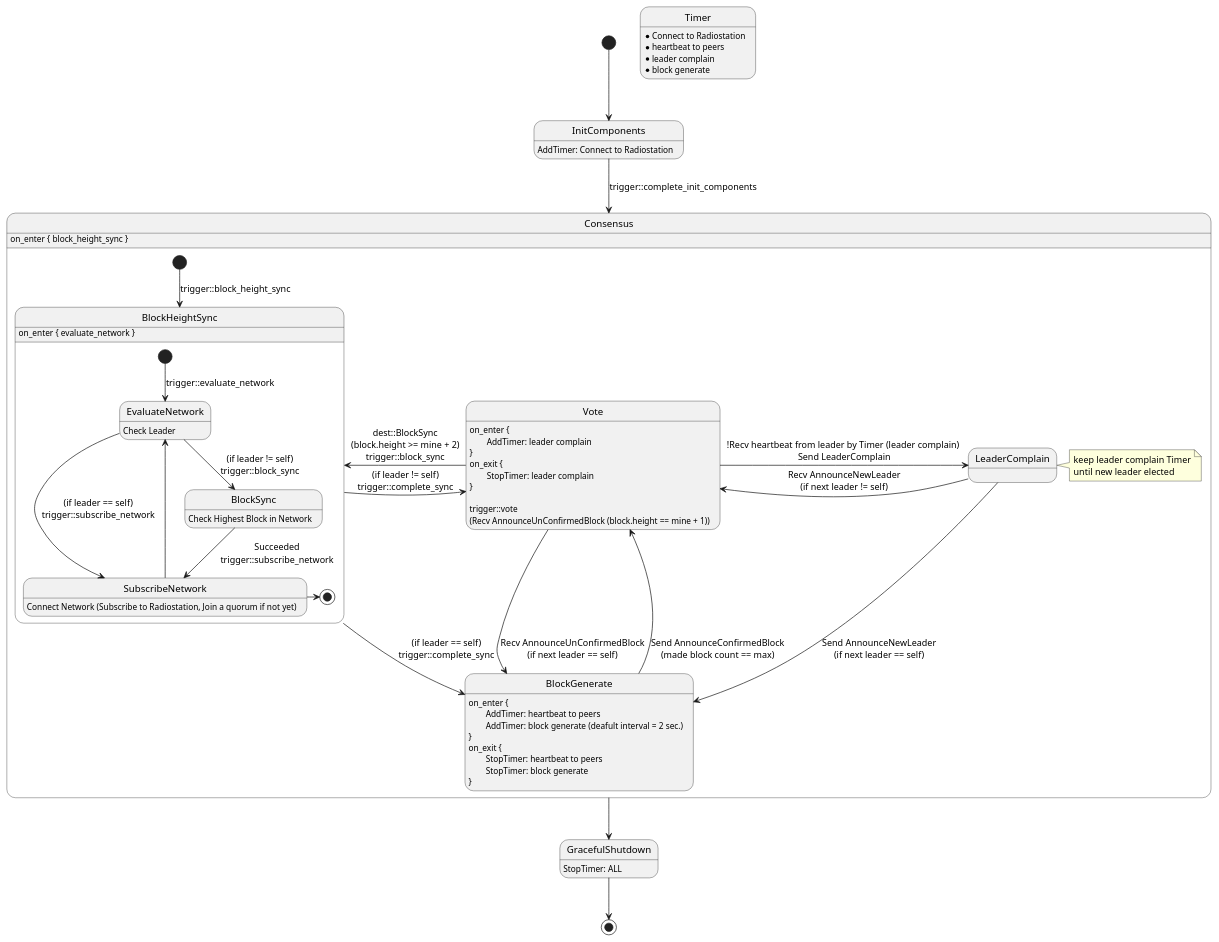
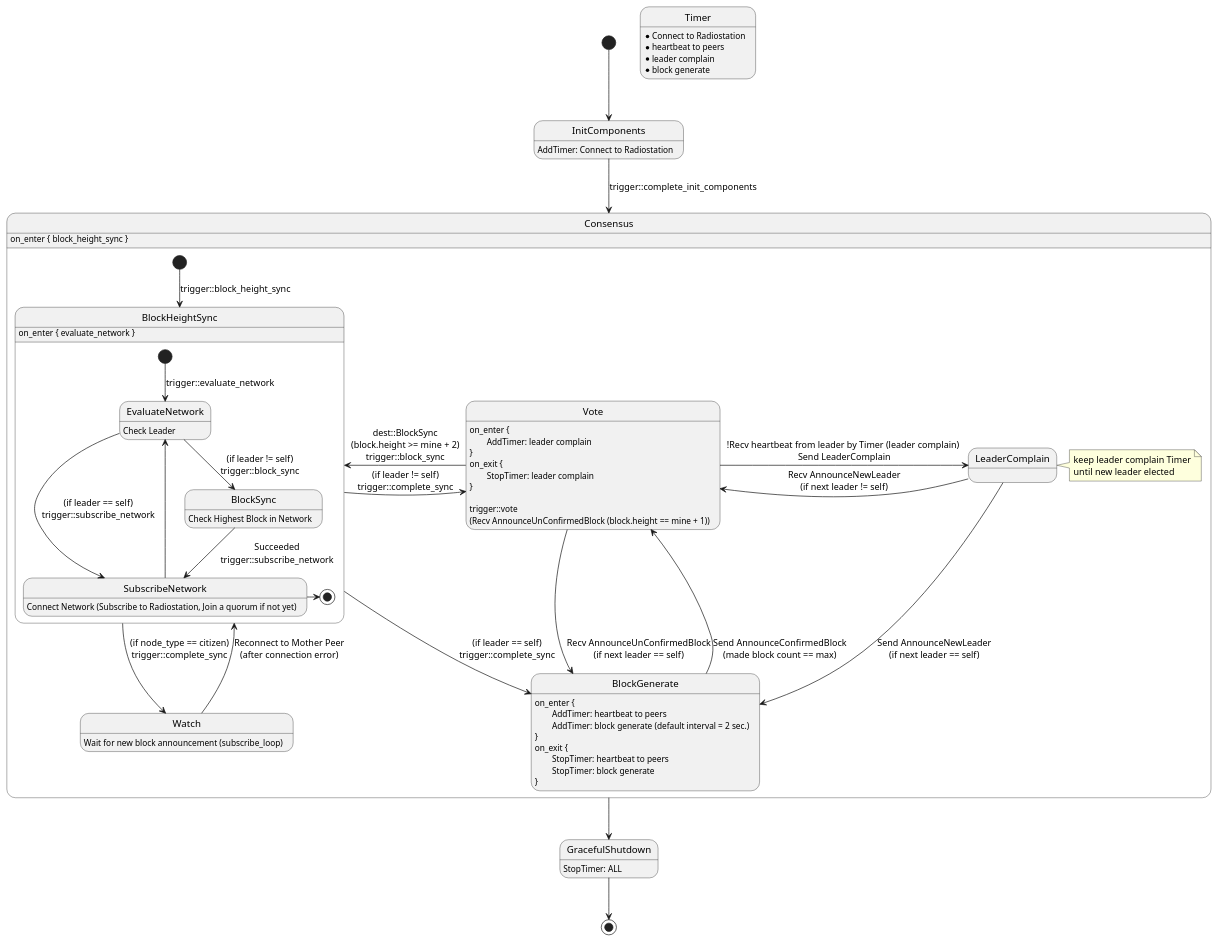
Before and after one commit to icon-project/loopchain: the diagram in docs/8. diagram/state_machine_in_siever.wsd, drawn with PlantUML. The commit also changed 17 other files, not shown here.

First line of the commit message:
[LC-16] apply websocket for citizen to mother peer connection

```diff
--- a/docs/8. diagram/state_machine_in_siever.wsd
+++ b/docs/8. diagram/state_machine_in_siever.wsd
@@ -1,72 +1,75 @@
 @startuml State Machine in Siever
 
 [*] --> InitComponents
 InitComponents: AddTimer: Connect to Radiostation
 
 InitComponents --> Consensus : trigger::complete_init_components
 
 state Timer
 Timer: * Connect to Radiostation
 Timer: * heartbeat to peers
 Timer: * leader complain
 Timer: * block generate
 
 state Consensus {
     Consensus: on_enter { block_height_sync }
     [*] --> BlockHeightSync : trigger::block_height_sync
 
     state BlockHeightSync {
         [*] --> EvaluateNetwork : trigger::evaluate_network
 
         EvaluateNetwork: Check Leader
         EvaluateNetwork --> BlockSync : (if leader != self)\ntrigger::block_sync
         EvaluateNetwork --> SubscribeNetwork : (if leader == self)\ntrigger::subscribe_network
 
         BlockSync: Check Highest Block in Network
         BlockSync --> SubscribeNetwork : Succeeded\ntrigger::subscribe_network
 
         SubscribeNetwork: Connect Network (Subscribe to Radiostation, Join a quorum if not yet)
         SubscribeNetwork -up-> EvaluateNetwork
         SubscribeNetwork -right-> [*]
     }
     BlockHeightSync: on_enter { evaluate_network }
+    BlockHeightSync -> Watch: (if node_type == citizen)\ntrigger::complete_sync
+    BlockHeightSync -> Vote: (if leader != self)\ntrigger::complete_sync
     BlockHeightSync --> BlockGenerate: (if leader == self)\ntrigger::complete_sync
-    BlockHeightSync -> Vote: (if leader != self)\ntrigger::complete_sync
-
+    
+    Watch: Wait for new block announcement (subscribe_loop)
+    Watch --> BlockHeightSync: Reconnect to Mother Peer\n(after connection error)
     Vote: on_enter {
     Vote: \tAddTimer: leader complain
     Vote: }
     Vote: on_exit {
     Vote: \tStopTimer: leader complain
     Vote: }
     Vote: 
     Vote: trigger::vote\n(Recv AnnounceUnConfirmedBlock (block.height == mine + 1))
     Vote -left-> BlockHeightSync : dest::BlockSync\n(block.height >= mine + 2)\ntrigger::block_sync
     Vote -> BlockGenerate : Recv AnnounceUnConfirmedBlock\n(if next leader == self)
     Vote -> LeaderComplain : !Recv heartbeat from leader by Timer (leader complain) \nSend LeaderComplain
 
     BlockGenerate: on_enter {
     BlockGenerate: \tAddTimer: heartbeat to peers
-    BlockGenerate: \tAddTimer: block generate (deafult interval = 2 sec.)
+    BlockGenerate: \tAddTimer: block generate (default interval = 2 sec.)
     BlockGenerate: }
     BlockGenerate: on_exit {
     BlockGenerate: \tStopTimer: heartbeat to peers
     BlockGenerate: \tStopTimer: block generate
     BlockGenerate: }
     BlockGenerate -> Vote : Send AnnounceConfirmedBlock\n(made block count == max)
 
     state LeaderComplain
     note right of LeaderComplain
       keep leader complain Timer
       until new leader elected
     end note
     LeaderComplain -> Vote : Recv AnnounceNewLeader\n(if next leader != self)
     LeaderComplain --> BlockGenerate : Send AnnounceNewLeader\n(if next leader == self)
 }
 
 Consensus --> GracefulShutdown
 
 GracefulShutdown: StopTimer: ALL
 GracefulShutdown --> [*]
 
 @enduml
```
